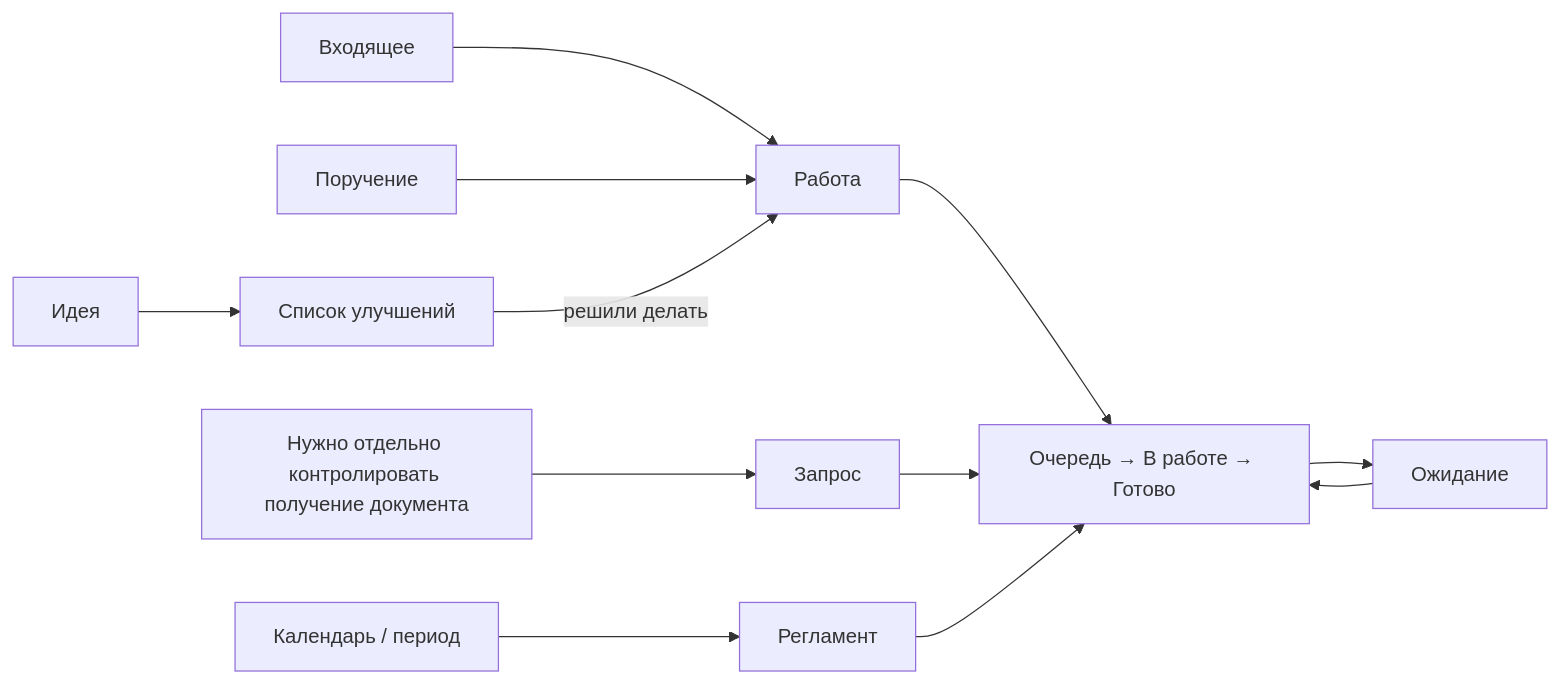
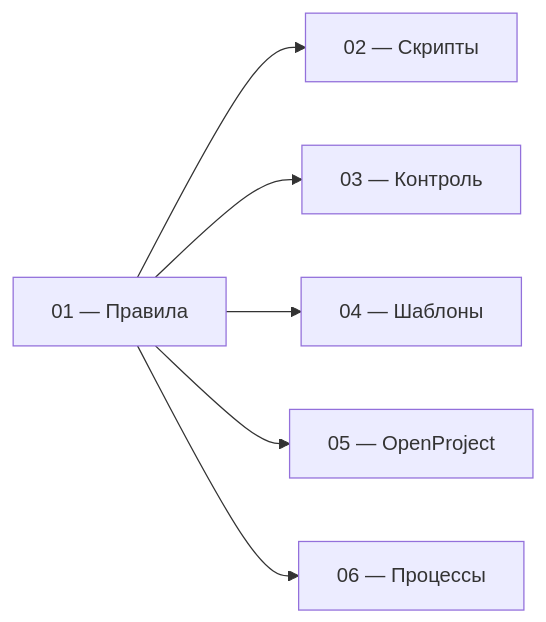
The diagram in README.md (lazuale/department), drawn with Mermaid before and after one commit. The commit also changed other lines of this file and 6 other files, not shown here.

````diff
--- a/README.md
+++ b/README.md
@@ -22,15 +28,8 @@
 ```mermaid
 flowchart LR
-    A[Входящее] --> W[Работа]
-    B[Нужно отдельно контролировать получение документа] --> Q[Запрос]
-    C[Календарь / период] --> R[Регламент]
-    D[Поручение] --> W
-    I[Идея] --> J[Список улучшений]
-    J -->|решили делать| W
-
-    W --> S[Очередь → В работе → Готово]
-    Q --> S
-    R --> S
-    S --> O[Ожидание]
-    O --> S
+    R[01 — Правила] --> S[02 — Скрипты]
+    R --> C[03 — Контроль]
+    R --> T[04 — Шаблоны]
+    R --> O[05 — OpenProject]
+    R --> P[06 — Процессы]
 ```
````
